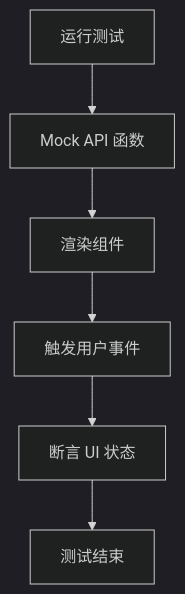
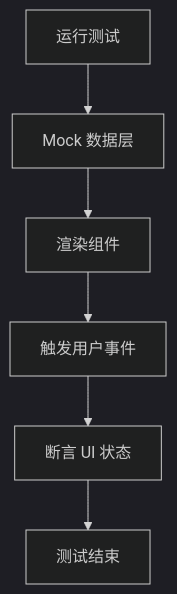
The ninth of 9 diagrams in .qoder/repowiki/zh/content/前端开发/前端开发.md (luyitiger6/my-first-project), drawn with Mermaid (dark theme) before and after one commit. The commit also changed other lines of this file and 44 other files, not shown here.

````diff
--- a/.qoder/repowiki/zh/content/前端开发/前端开发.md
+++ b/.qoder/repowiki/zh/content/前端开发/前端开发.md
@@ -258,8 +399,8 @@
 ```mermaid
 flowchart TD
-TestStart["运行测试"] --> MockApi["Mock API 函数"]
-MockApi --> RenderComponent["渲染组件"]
+TestStart["运行测试"] --> MockData["Mock 数据层"]
+MockData --> RenderComponent["渲染组件"]
 RenderComponent --> Interact["触发用户事件"]
 Interact --> AssertUI["断言 UI 状态"]
 AssertUI --> End["测试结束"]
 ```
````
